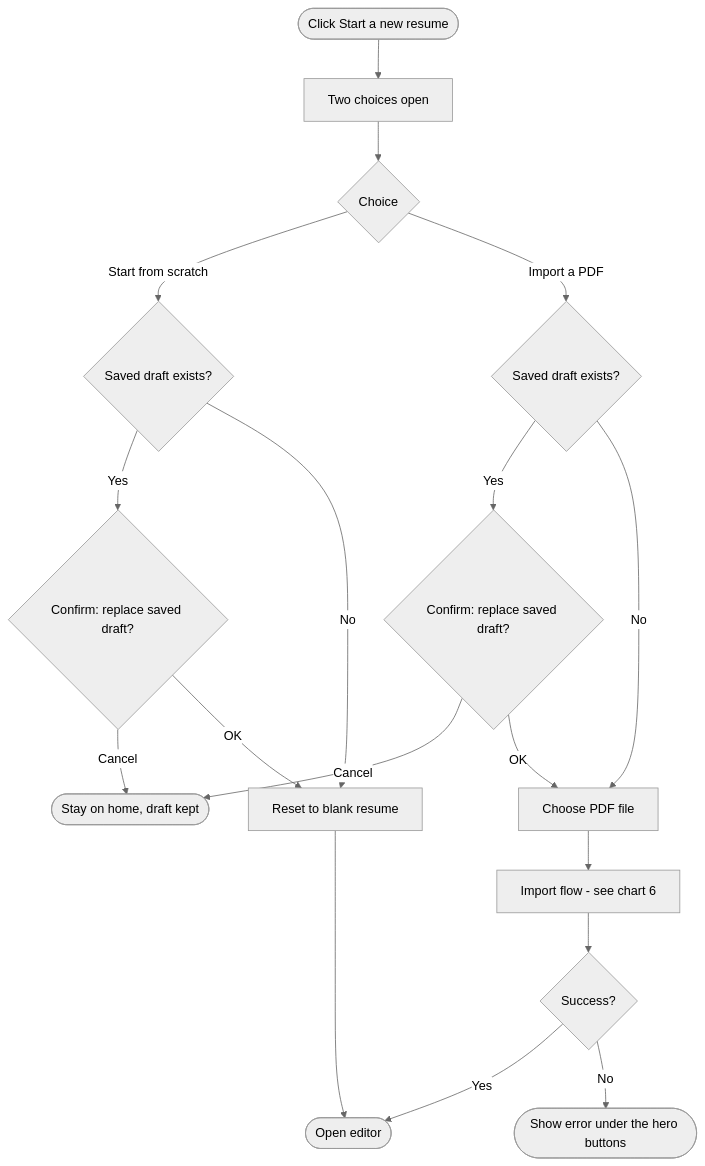
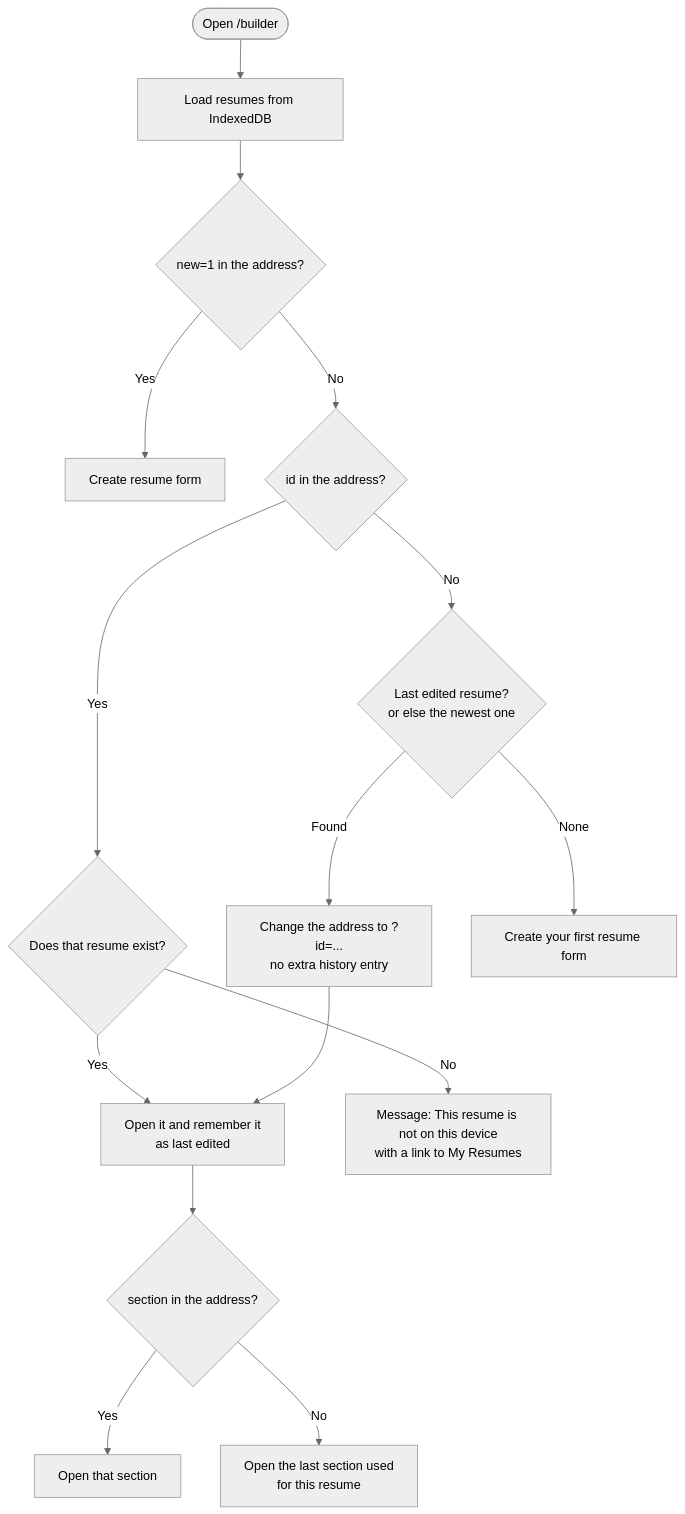
The fourth of 30 diagrams in doc/04-FLOWCHARTS.md (silent-coder-dev/ai-resume-builder), drawn with Mermaid (neutral theme) before and after one commit. The commit also changed other lines of this file and 122 other files, not shown here.

````diff
--- a/doc/04-FLOWCHARTS.md
+++ b/doc/04-FLOWCHARTS.md
@@ -119,22 +147,17 @@
 ```mermaid
 flowchart TD
-    A(["Click Start a new resume"]) --> B["Two choices open"]
-    B --> C{"Choice"}
-
-    C -->|Start from scratch| D{"Saved draft exists?"}
-    D -->|Yes| E{"Confirm: replace saved draft?"}
-    E -->|Cancel| F(["Stay on home, draft kept"])
-    E -->|OK| G["Reset to blank resume"]
-    D -->|No| G
-    G --> H(["Open editor"])
-
-    C -->|Import a PDF| I{"Saved draft exists?"}
-    I -->|Yes| J{"Confirm: replace saved draft?"}
-    J -->|Cancel| F
-    J -->|OK| K["Choose PDF file"]
-    I -->|No| K
-    K --> L["Import flow - see chart 6"]
-    L --> M{"Success?"}
-    M -->|Yes| H
-    M -->|No| N(["Show error under the hero buttons"])
+    A(["Open /builder"]) --> L["Load resumes from IndexedDB"]
+    L --> N{"new=1 in the address?"}
+    N -->|Yes| FORM["Create resume form"]
+    N -->|No| I{"id in the address?"}
+    I -->|Yes| E{"Does that resume exist?"}
+    E -->|Yes| OPEN["Open it and remember it<br/>as last edited"]
+    E -->|No| NF["Message: This resume is not on this device<br/>with a link to My Resumes"]
+    I -->|No| LAST{"Last edited resume?<br/>or else the newest one"}
+    LAST -->|Found| REP["Change the address to ?id=...<br/>no extra history entry"]
+    REP --> OPEN
+    LAST -->|None| FIRST["Create your first resume form"]
+    OPEN --> SEC{"section in the address?"}
+    SEC -->|Yes| S1["Open that section"]
+    SEC -->|No| S2["Open the last section used<br/>for this resume"]
 ```
````
